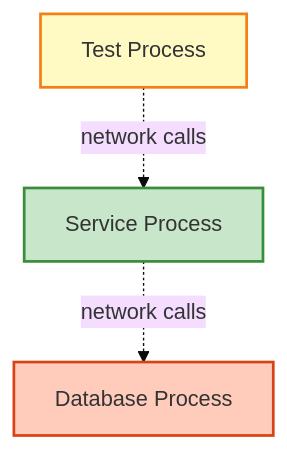
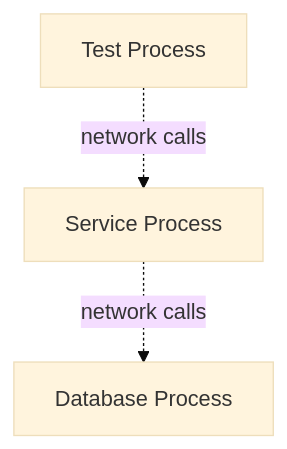
Before and after one commit to ready-to-release/eac: the second of 2 diagrams in docs/explanation/continuous-delivery/testing/testing-strategy-integration.md, drawn with Mermaid (base theme). The commit also changed other lines of this file and 28 other files, not shown here.

````diff
--- a/docs/explanation/continuous-delivery/testing/testing-strategy-integration.md
+++ b/docs/explanation/continuous-delivery/testing/testing-strategy-integration.md
@@ -178,13 +174,10 @@
 ```mermaid
 graph TB
     TP["Test Process"]
     SP["Service Process"]
     DP["Database Process"]
 
     TP -.->|network calls| SP
     SP -.->|network calls| DP
 
-    style TP fill:#fff9c4,stroke:#f57f17,stroke-width:2px
-    style SP fill:#c8e6c9,stroke:#388e3c,stroke-width:2px
-    style DP fill:#ffccbc,stroke:#d84315,stroke-width:2px
 ```
````
